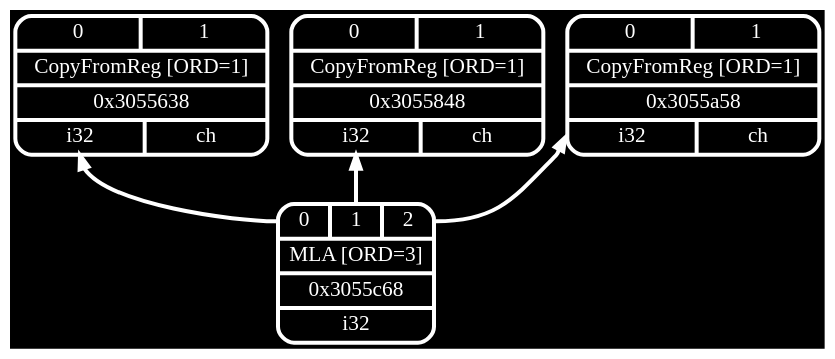
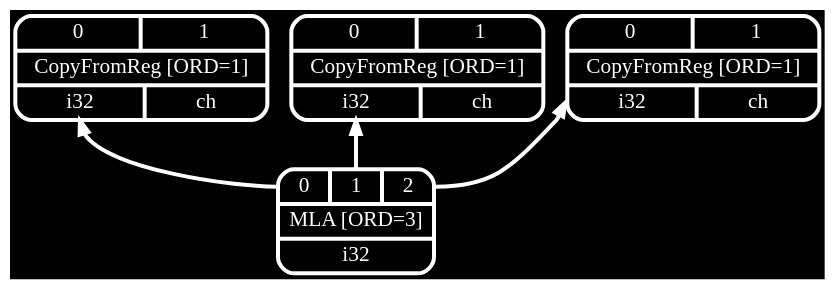
Before and after one commit to frasercrmck/llvm-leg: the diagram in docs/Codeplay/examples/ex3/ex3-post-isel-mla.dot, drawn with Graphviz. The commit also changed 7 other files, not shown here.

```diff
--- a/docs/Codeplay/examples/ex3/ex3-post-isel-mla.dot
+++ b/docs/Codeplay/examples/ex3/ex3-post-isel-mla.dot
@@ -1,12 +1,12 @@
 digraph "scheduler input for foo:entry" {
 	rankdir="BT";
 	bgcolor="black";
 
-	Node0x3055638 [shape=record,shape=Mrecord,label="{{<s0>0|<s1>1}|CopyFromReg [ORD=1]|0x3055638|{<d0>i32|<d1>ch}}", penwidth=3,color="white",fontname="Calibri",fontsize=16,fontcolor="white"];
-	Node0x3055848 [shape=record,shape=Mrecord,label="{{<s0>0|<s1>1}|CopyFromReg [ORD=1]|0x3055848|{<d0>i32|<d1>ch}}", penwidth=3,color="white",fontname="Calibri",fontsize=16,fontcolor="white"];
-	Node0x3055a58 [shape=record,shape=Mrecord,label="{{<s0>0|<s1>1}|CopyFromReg [ORD=1]|0x3055a58|{<d0>i32|<d1>ch}}", penwidth=3,color="white",fontname="Calibri",fontsize=16,fontcolor="white"];
-	Node0x3055c68 [shape=record,shape=Mrecord,label="{{<s0>0|<s1>1|<s2>2}|MLA [ORD=3]|0x3055c68|{<d0>i32}}", penwidth=3,color="white",fontname="Calibri",fontsize=16,fontcolor="white"];
+	Node0x3055638 [shape=record,shape=Mrecord,label="{{<s0>0|<s1>1}|CopyFromReg [ORD=1]|{<d0>i32|<d1>ch}}", penwidth=3,color="white",fontname="Calibri",fontsize=16,fontcolor="white"];
+	Node0x3055848 [shape=record,shape=Mrecord,label="{{<s0>0|<s1>1}|CopyFromReg [ORD=1]|{<d0>i32|<d1>ch}}", penwidth=3,color="white",fontname="Calibri",fontsize=16,fontcolor="white"];
+	Node0x3055a58 [shape=record,shape=Mrecord,label="{{<s0>0|<s1>1}|CopyFromReg [ORD=1]|{<d0>i32|<d1>ch}}", penwidth=3,color="white",fontname="Calibri",fontsize=16,fontcolor="white"];
+	Node0x3055c68 [shape=record,shape=Mrecord,label="{{<s0>0|<s1>1|<s2>2}|MLA [ORD=3]|{<d0>i32}}", penwidth=3,color="white",fontname="Calibri",fontsize=16,fontcolor="white"];
 	Node0x3055c68:s0 -> Node0x3055638:d0[penwidth=3,color="white",fontname="Calibri",fontsize=16,fontcolor="white"];
 	Node0x3055c68:s1 -> Node0x3055848:d0[penwidth=3,color="white",fontname="Calibri",fontsize=16,fontcolor="white"];
 	Node0x3055c68:s2 -> Node0x3055a58:d0[penwidth=3,color="white",fontname="Calibri",fontsize=16,fontcolor="white"];
 }
```
